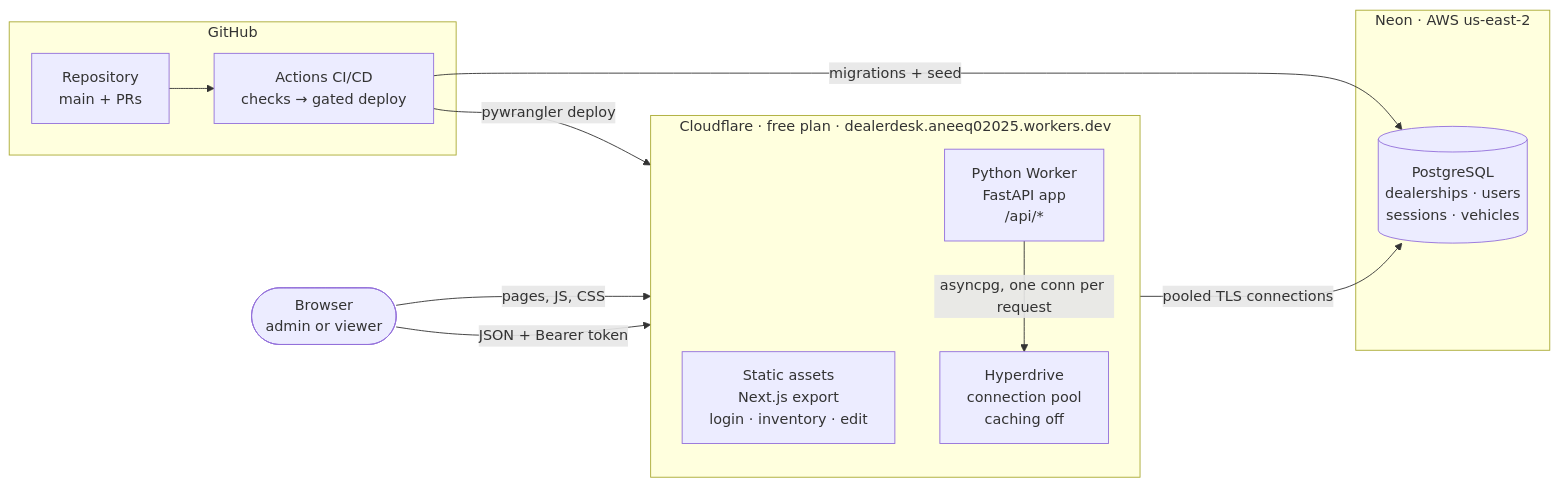
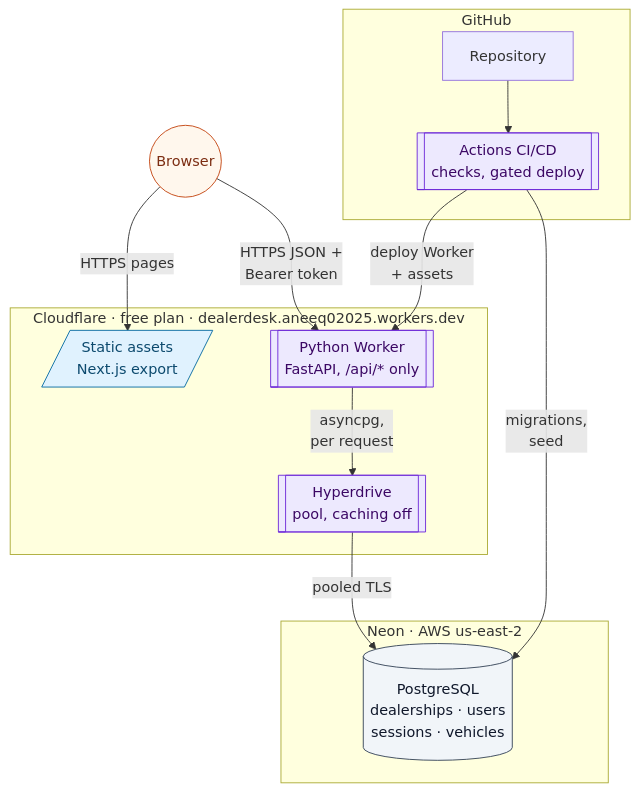
One commit to aneeq178/dealership-inventory changed the third of 15 diagrams in docs/ARCHITECTURE.md. Above: the diagram before and after it, drawn with Mermaid. The commit also changed other lines of this file and 30 other files, not shown here.

````diff
--- a/docs/ARCHITECTURE.md
+++ b/docs/ARCHITECTURE.md
@@ -13,28 +133,36 @@
 ```mermaid
-flowchart LR
-    user(["Browser<br/>admin or viewer"])
+flowchart TB
+    user(("Browser")):::actor
 
     subgraph CF["Cloudflare · free plan · dealerdesk.aneeq02025.workers.dev"]
-        direction TB
-        assets["Static assets<br/>Next.js export<br/>login · inventory · edit"]
-        worker["Python Worker<br/>FastAPI app<br/>/api/*"]
-        hyper["Hyperdrive<br/>connection pool<br/>caching off"]
+        assets[/"Static assets<br/>Next.js export"/]:::io
+        worker[["Python Worker<br/>FastAPI, /api/* only"]]:::sub
+        hyper[["Hyperdrive<br/>pool, caching off"]]:::sub
     end
 
     subgraph NEON["Neon · AWS us-east-2"]
-        pg[("PostgreSQL<br/>dealerships · users<br/>sessions · vehicles")]
+        pg[("PostgreSQL<br/>dealerships · users<br/>sessions · vehicles")]:::db
     end
 
     subgraph GH["GitHub"]
-        repo["Repository<br/>main + PRs"]
-        ci["Actions CI/CD<br/>checks → gated deploy"]
+        repo["Repository"]
+        ci[["Actions CI/CD<br/>checks, gated deploy"]]:::sub
     end
 
-    user -- "pages, JS, CSS" --> assets
-    user -- "JSON + Bearer token" --> worker
-    worker -- "asyncpg, one conn per request" --> hyper
-    hyper -- "pooled TLS connections" --> pg
+    user -- "HTTPS pages" --> assets
+    user -- "HTTPS JSON +<br/>Bearer token" --> worker
+    worker -- "asyncpg,<br/>per request" --> hyper
+    hyper -- "pooled TLS" --> pg
     repo --> ci
-    ci -- "pywrangler deploy" --> CF
-    ci -- "migrations + seed" --> pg
+    ci -- "deploy Worker<br/>+ assets" --> worker
+    ci -- "migrations,<br/>seed" --> pg
+
+    classDef term fill:#dcfce7,stroke:#15803d,color:#14532d
+    classDef bad fill:#fee2e2,stroke:#b91c1c,color:#7f1d1d
+    classDef dec fill:#fef3c7,stroke:#b45309,color:#78350f
+    classDef io fill:#e0f2fe,stroke:#0369a1,color:#0c4a6e
+    classDef db fill:#f1f5f9,stroke:#334155,color:#0f172a
+    classDef sub fill:#ede9fe,stroke:#6d28d9,color:#3b0764
+    classDef actor fill:#fff7ed,stroke:#c2410c,color:#7c2d12
+    classDef con fill:#ffffff,stroke:#334155,color:#0f172a,stroke-width:2px
 ```
````
